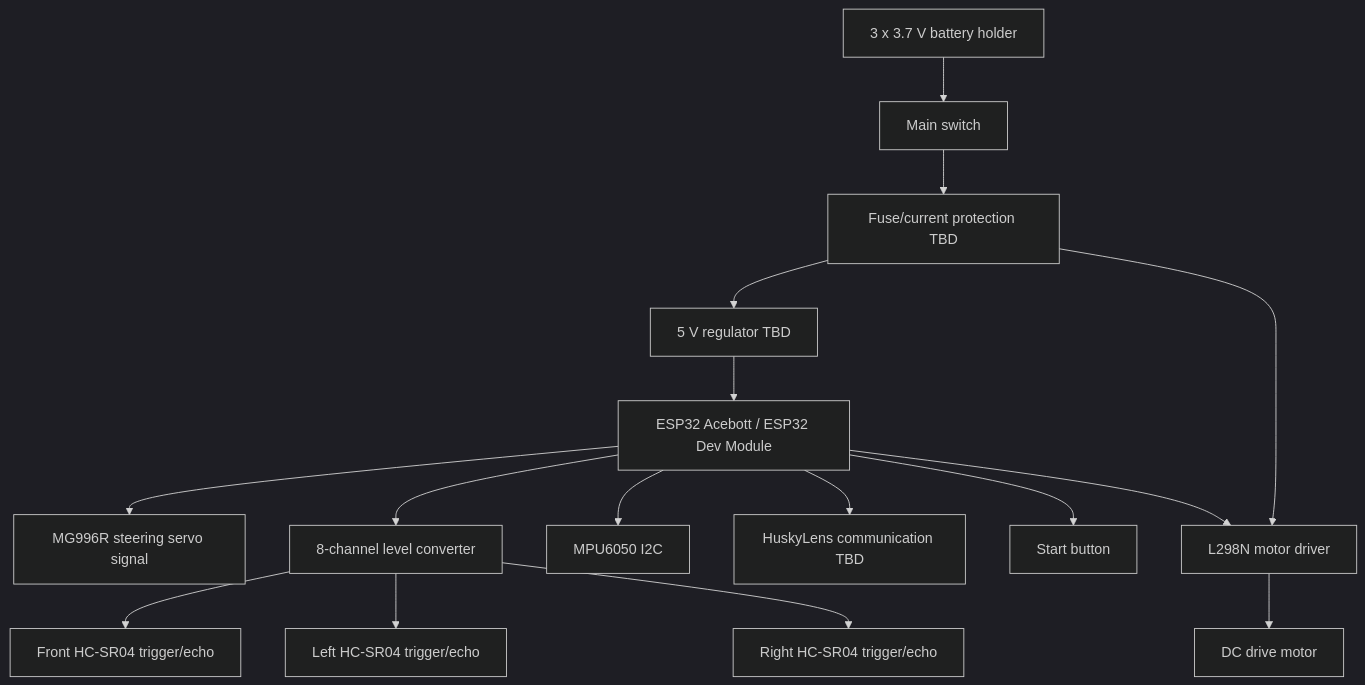
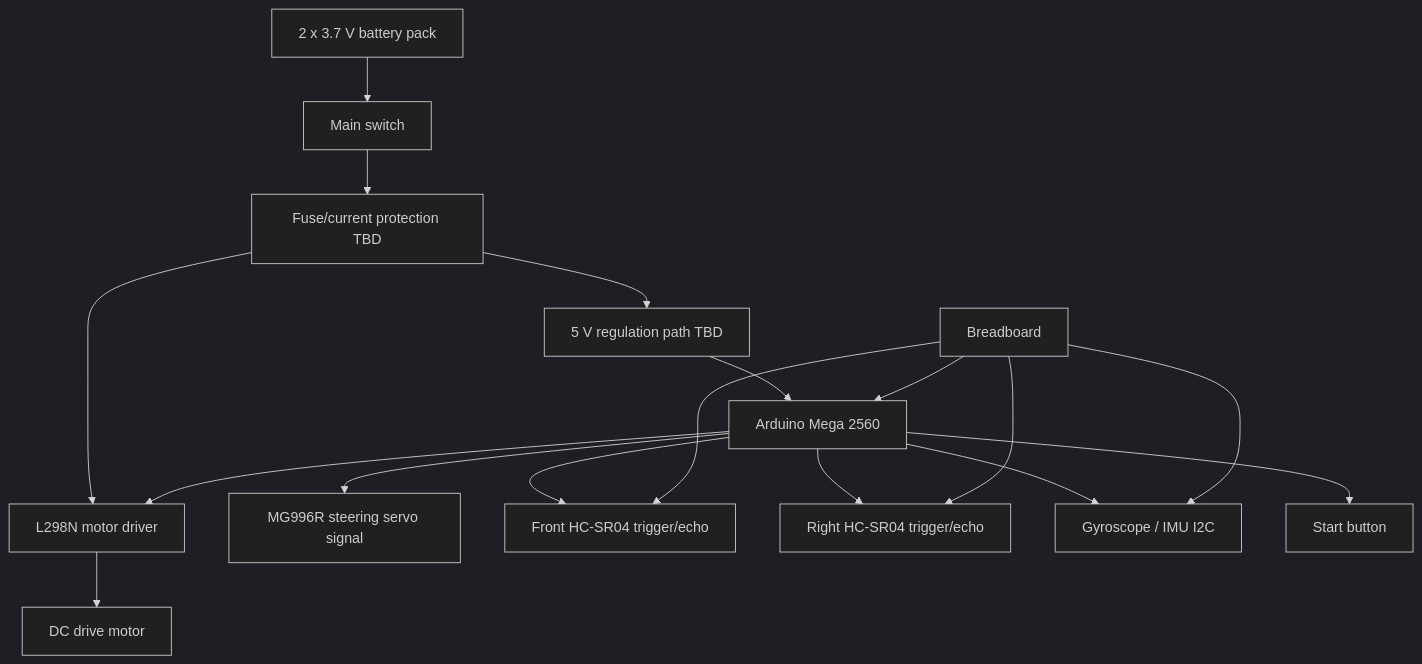
The diagram in schemes/electromechanical_overview.md (Yamilgmr/SKRobotics_WRO2026), drawn with Mermaid (dark theme) before and after one commit. The commit also changed other lines of this file and 25 other files, not shown here.

Commit message:
Return active baseline to Arduino Mega

````diff
--- a/schemes/electromechanical_overview.md
+++ b/schemes/electromechanical_overview.md
@@ -5,18 +5,19 @@
 ```mermaid
 flowchart TD
-    BAT["3 x 3.7 V battery holder"] --> SW["Main switch"]
+    BAT["2 x 3.7 V battery pack"] --> SW["Main switch"]
     SW --> PROT["Fuse/current protection TBD"]
-    PROT --> REG["5 V regulator TBD"]
+    PROT --> REG["5 V regulation path TBD"]
     PROT --> DRV["L298N motor driver"]
-    REG --> ESP["ESP32 Acebott / ESP32 Dev Module"]
-    ESP --> SERVO["MG996R steering servo signal"]
-    ESP --> LVL["8-channel level converter"]
-    LVL --> USF["Front HC-SR04 trigger/echo"]
-    LVL --> USL["Left HC-SR04 trigger/echo"]
-    LVL --> USR["Right HC-SR04 trigger/echo"]
-    ESP --> IMU["MPU6050 I2C"]
-    ESP --> CAM["HuskyLens communication TBD"]
-    ESP --> BTN["Start button"]
-    ESP --> DRV
+    REG --> MEGA["Arduino Mega 2560"]
+    MEGA --> SERVO["MG996R steering servo signal"]
+    MEGA --> USF["Front HC-SR04 trigger/echo"]
+    MEGA --> USR["Right HC-SR04 trigger/echo"]
+    MEGA --> IMU["Gyroscope / IMU I2C"]
+    MEGA --> BTN["Start button"]
+    MEGA --> DRV
     DRV --> MOTOR["DC drive motor"]
+    BB["Breadboard"] --> MEGA
+    BB --> USF
+    BB --> USR
+    BB --> IMU
 ```
````
